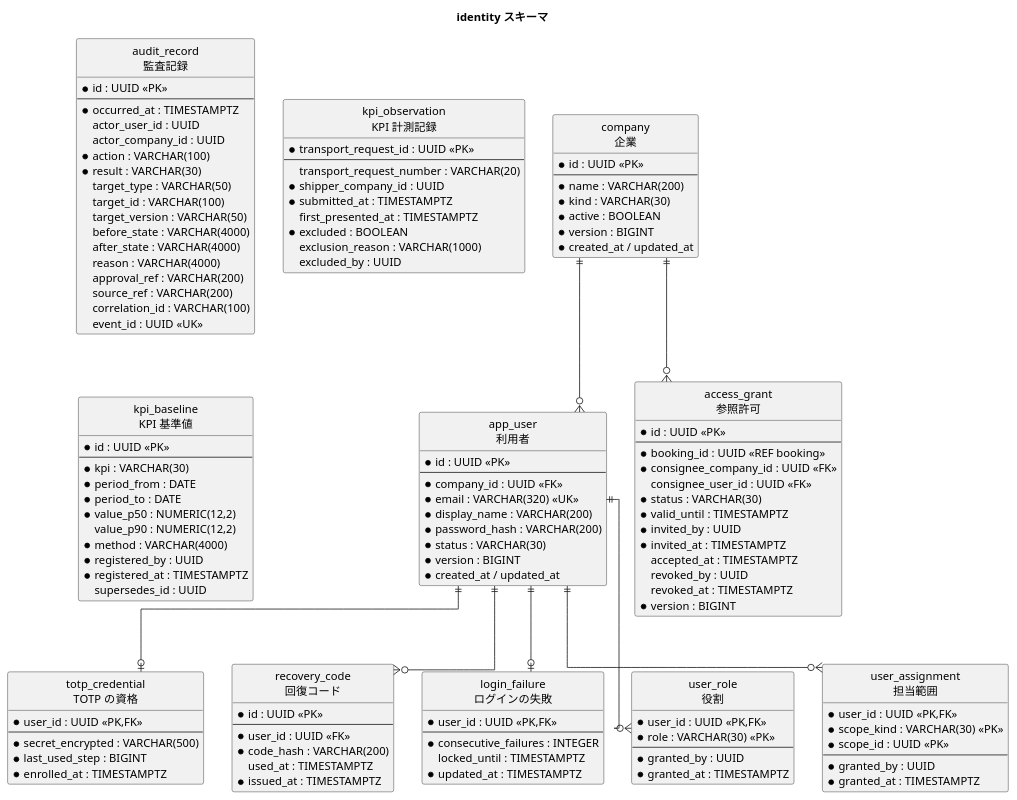
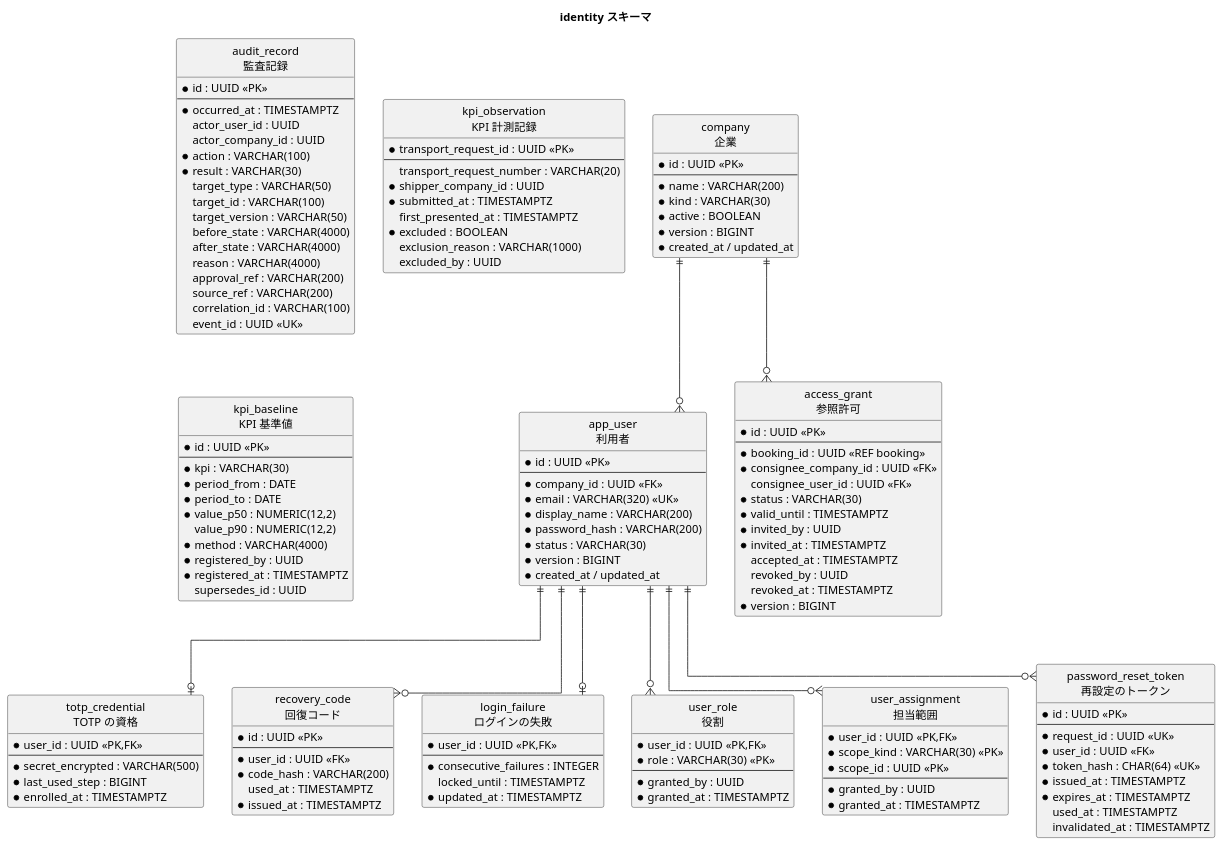
One commit to k2works/practical-domain-driven-design-in-enterpris-application changed the sixth of 8 diagrams in docs/design/cargo-tracker/data_model.md. Above: the diagram before and after it, drawn with PlantUML. The commit also changed other lines of this file and 16 other files, not shown here.

````diff
--- a/docs/design/cargo-tracker/data_model.md
+++ b/docs/design/cargo-tracker/data_model.md
@@ -878,6 +878,17 @@
   exclusion_reason : VARCHAR(1000)
   excluded_by : UUID
 }
+entity "password_reset_token\n再設定のトークン" as prt {
+  * id : UUID <<PK>>
+  --
+  * request_id : UUID <<UK>>
+  * user_id : UUID <<FK>>
+  * token_hash : CHAR(64) <<UK>>
+  * issued_at : TIMESTAMPTZ
+  * expires_at : TIMESTAMPTZ
+  used_at : TIMESTAMPTZ
+  invalidated_at : TIMESTAMPTZ
+}
 entity "kpi_baseline\nKPI 基準値" as kb {
   * id : UUID <<PK>>
   --
@@ -897,6 +908,7 @@
 u ||--o| lf
 u ||--o{ ur
 u ||--o{ ua
+u ||--o{ prt
 co ||--o{ ag
 @enduml
 ```
````
